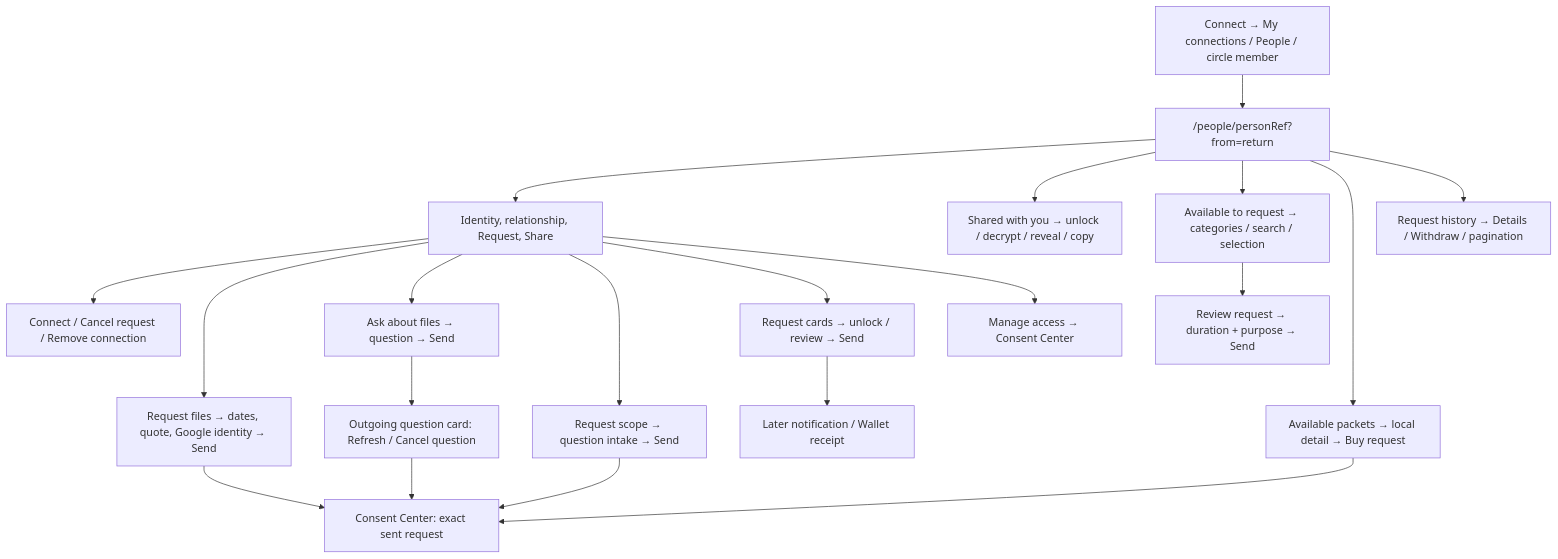
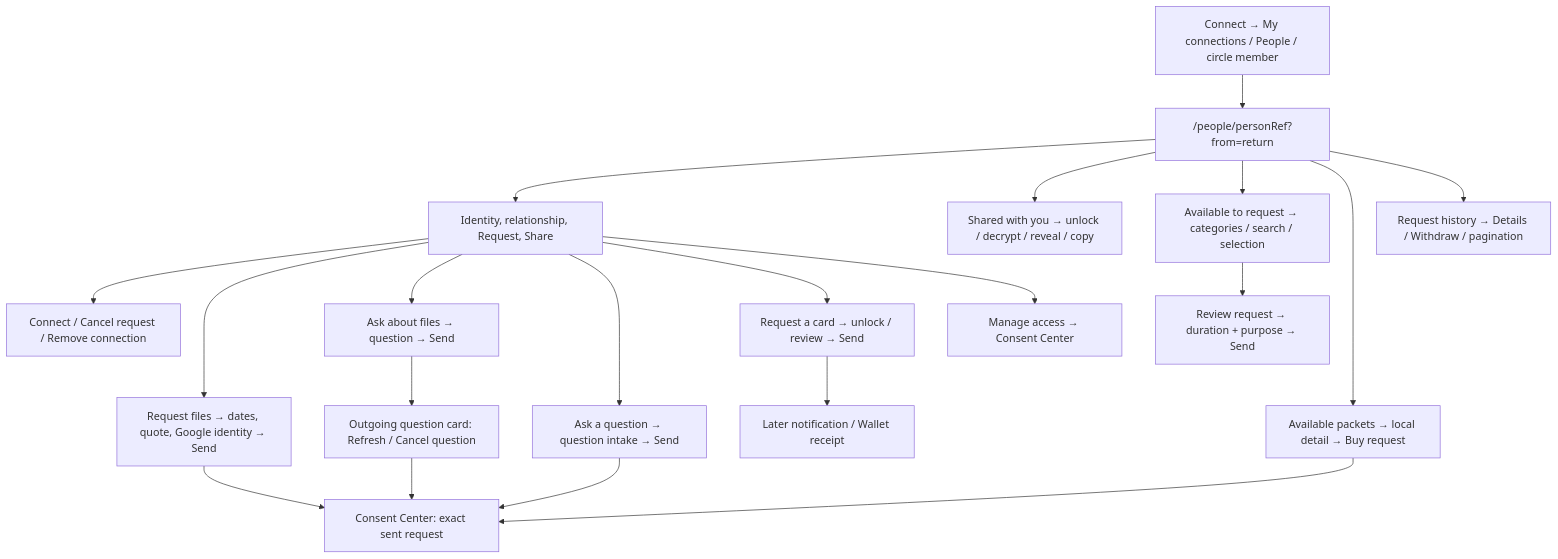
The diagram in hushh-webapp/docs/ui-contracts/person-profile.md (hushh-labs/hushh-research), drawn with Mermaid before and after one commit. The commit also changed other lines of this file and 10 other files, not shown here.

````diff
--- a/hushh-webapp/docs/ui-contracts/person-profile.md
+++ b/hushh-webapp/docs/ui-contracts/person-profile.md
@@ -16,22 +16,22 @@
 ```mermaid
 flowchart TD
   connect["Connect → My connections / People / circle member"] --> page["/people/personRef?from=return"]
   page --> hero["Identity, relationship, Request, Share"]
   hero --> relationship["Connect / Cancel request / Remove connection"]
   hero --> files["Request files → dates, quote, Google identity → Send"]
   hero --> drive["Ask about files → question → Send"]
-  hero --> question["Request scope → question intake → Send"]
-  hero --> cards["Request cards → unlock / review → Send"]
+  hero --> question["Ask a question → question intake → Send"]
+  hero --> cards["Request a card → unlock / review → Send"]
   hero --> manage["Manage access → Consent Center"]
   page --> shared["Shared with you → unlock / decrypt / reveal / copy"]
   page --> catalog["Available to request → categories / search / selection"]
   catalog --> review["Review request → duration + purpose → Send"]
   page --> packets["Available packets → local detail → Buy request"]
   page --> history["Request history → Details / Withdraw / pagination"]
   files --> consent["Consent Center: exact sent request"]
   drive --> outgoing["Outgoing question card: Refresh / Cancel question"]
   outgoing --> consent
   question --> consent
   packets --> consent
   cards --> wallet["Later notification / Wallet receipt"]
 ```
````
